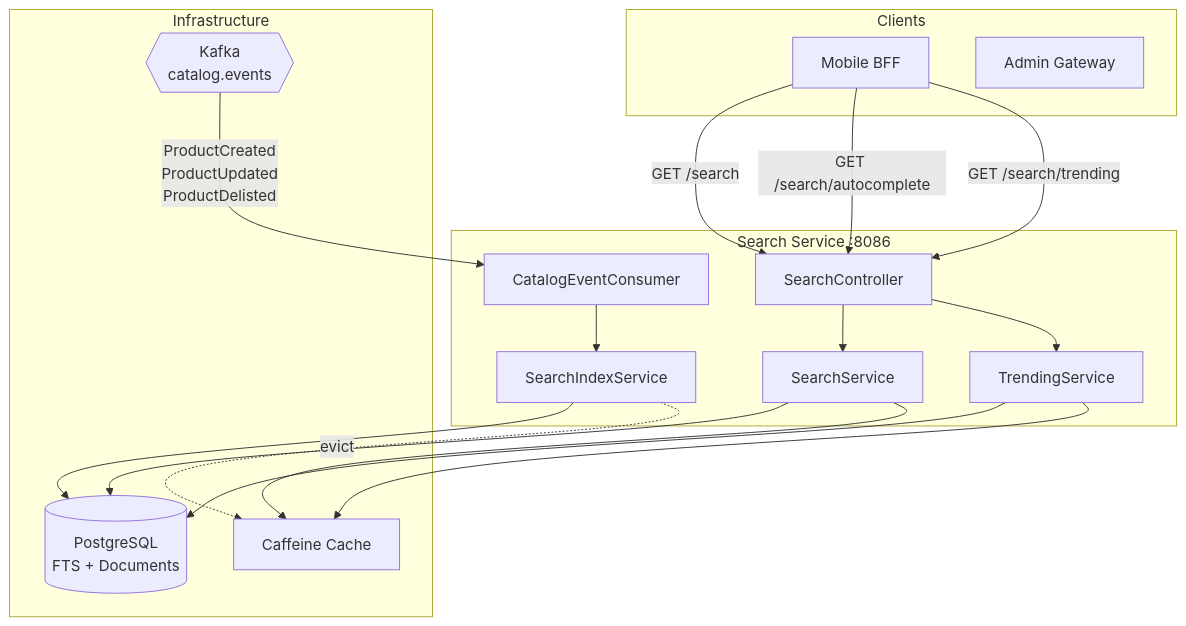
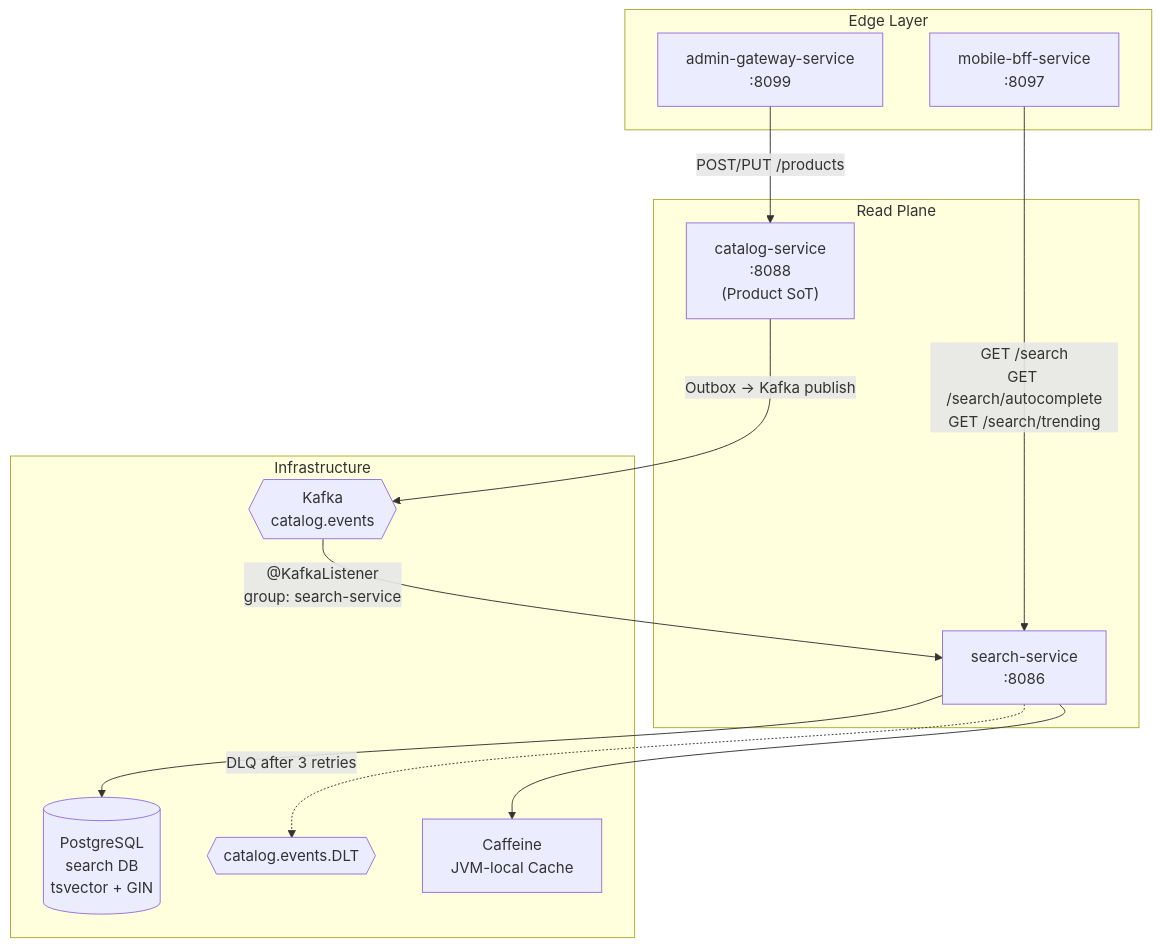
One commit to sunitakeazycommerz-a11y/InstaCommerce changed the first of 7 diagrams in services/search-service/README.md. Above: the diagram before and after it, drawn with Mermaid. The commit also changed other lines of this file and 554 other files, not shown here.

````diff
--- a/services/search-service/README.md
+++ b/services/search-service/README.md
@@ -31,37 +61,27 @@
 ```mermaid
 graph TB
-    subgraph Clients
-        BFF[Mobile BFF]
-        Admin[Admin Gateway]
+    subgraph Edge Layer
+        BFF["mobile-bff-service<br/>:8097"]
+        AGW["admin-gateway-service<br/>:8099"]
     end
 
-    subgraph search-service [Search Service :8086]
-        SC[SearchController]
-        SS[SearchService]
-        SIS[SearchIndexService]
-        TS[TrendingService]
-        CEC[CatalogEventConsumer]
+    subgraph Read Plane
+        SC["search-service<br/>:8086"]
+        CAT["catalog-service<br/>:8088<br/>(Product SoT)"]
     end
 
     subgraph Infrastructure
-        PG[(PostgreSQL<br/>FTS + Documents)]
-        KF{{Kafka<br/>catalog.events}}
-        CACHE[Caffeine Cache]
+        PG[("PostgreSQL<br/>search DB<br/>tsvector + GIN")]
+        KF{{"Kafka<br/>catalog.events"}}
+        DLT{{"catalog.events.DLT"}}
+        CACHE["Caffeine<br/>JVM-local Cache"]
     end
 
-    BFF -->|GET /search| SC
-    BFF -->|GET /search/autocomplete| SC
-    BFF -->|GET /search/trending| SC
-
-    SC --> SS
-    SC --> TS
-    SS --> PG
-    SS --> CACHE
-    TS --> PG
-    TS --> CACHE
-    SIS --> PG
-    SIS -.->|evict| CACHE
-
-    KF -->|ProductCreated<br/>ProductUpdated<br/>ProductDelisted| CEC
-    CEC --> SIS
+    BFF -->|"GET /search<br/>GET /search/autocomplete<br/>GET /search/trending"| SC
+    AGW -->|"POST/PUT /products"| CAT
+    CAT -->|"Outbox → Kafka publish"| KF
+    KF -->|"@KafkaListener<br/>group: search-service"| SC
+    SC --> PG
+    SC --> CACHE
+    SC -.->|"DLQ after 3 retries"| DLT
 ```
````
